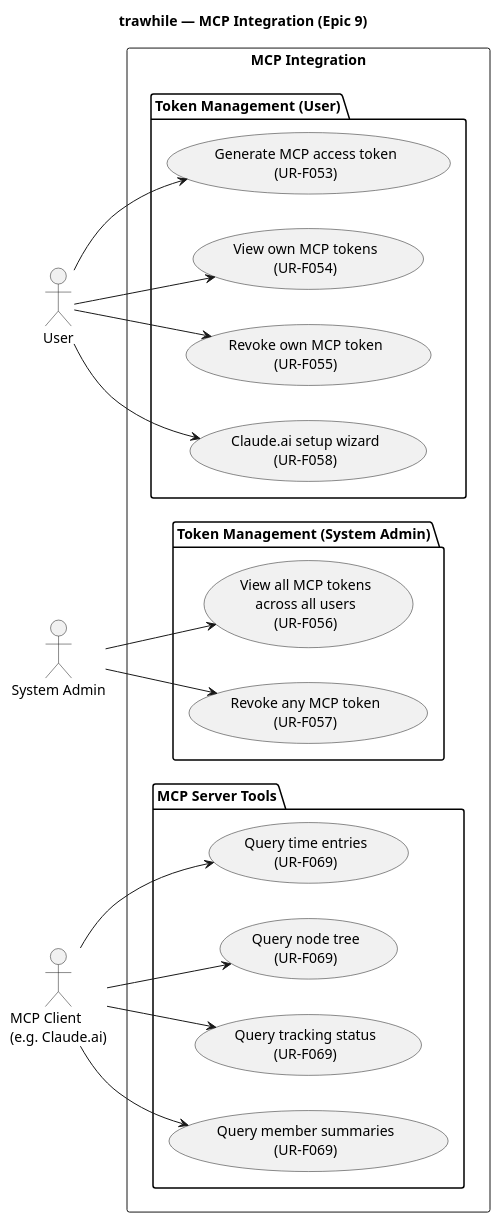
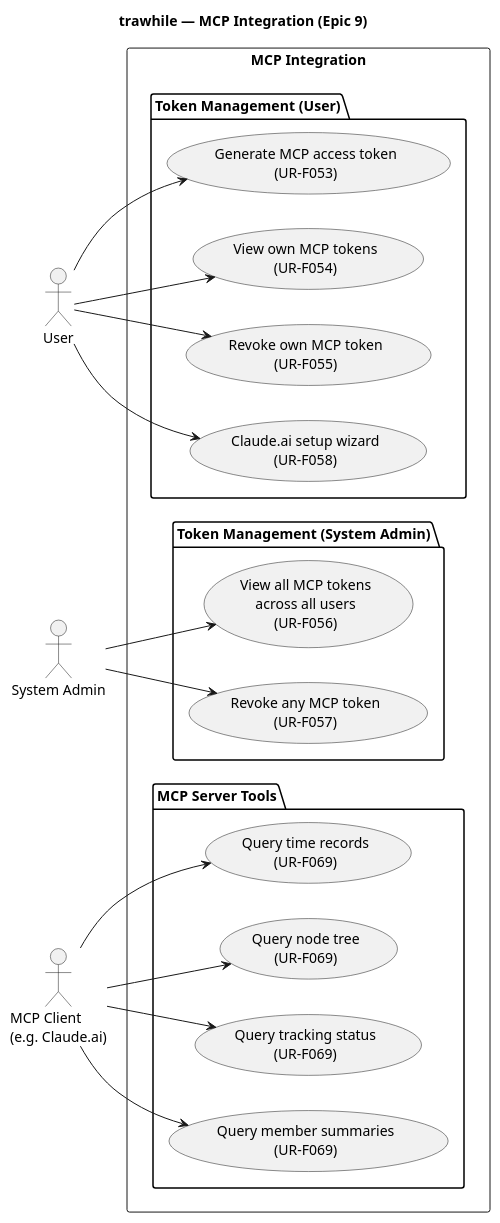
One commit to uCore7/trawhile changed the diagram in docs/uml/use-cases-mcp.puml. Above: the diagram before and after it, drawn with PlantUML. The commit also changed 59 other files, not shown here.

```diff
--- a/docs/uml/use-cases-mcp.puml
+++ b/docs/uml/use-cases-mcp.puml
@@ -1,40 +1,40 @@
 @startuml use-cases-mcp
 title trawhile — MCP Integration (Epic 9)
 
 left to right direction
 
 actor "User" as User
 actor "System Admin" as SysAdmin
 actor "MCP Client\n(e.g. Claude.ai)" as McpClient
 
 rectangle "MCP Integration" {
     package "Token Management (User)" {
         usecase "Generate MCP access token\n(UR-F053)" as UC_GenToken
         usecase "View own MCP tokens\n(UR-F054)" as UC_ViewTokens
         usecase "Revoke own MCP token\n(UR-F055)" as UC_RevokeToken
         usecase "Claude.ai setup wizard\n(UR-F058)" as UC_McpWizard
     }
     package "Token Management (System Admin)" {
         usecase "View all MCP tokens\nacross all users\n(UR-F056)" as UC_AdminTokens
         usecase "Revoke any MCP token\n(UR-F057)" as UC_AdminRevoke
     }
     package "MCP Server Tools" {
-        usecase "Query time entries\n(UR-F069)" as UC_McpEntries
+        usecase "Query time records\n(UR-F069)" as UC_McpEntries
         usecase "Query node tree\n(UR-F069)" as UC_McpTree
         usecase "Query tracking status\n(UR-F069)" as UC_McpTracking
         usecase "Query member summaries\n(UR-F069)" as UC_McpSummaries
     }
 }
 
 User --> UC_GenToken
 User --> UC_ViewTokens
 User --> UC_RevokeToken
 User --> UC_McpWizard
 SysAdmin --> UC_AdminTokens
 SysAdmin --> UC_AdminRevoke
 McpClient --> UC_McpEntries
 McpClient --> UC_McpTree
 McpClient --> UC_McpTracking
 McpClient --> UC_McpSummaries
 
 @enduml
```
